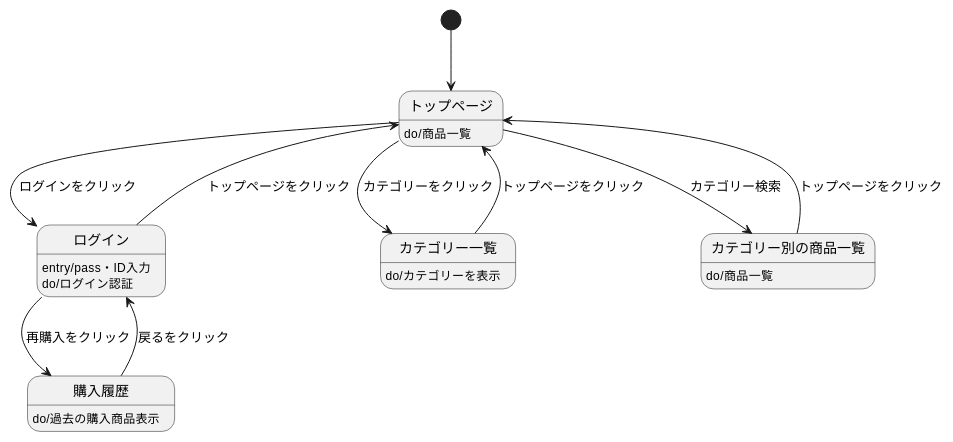
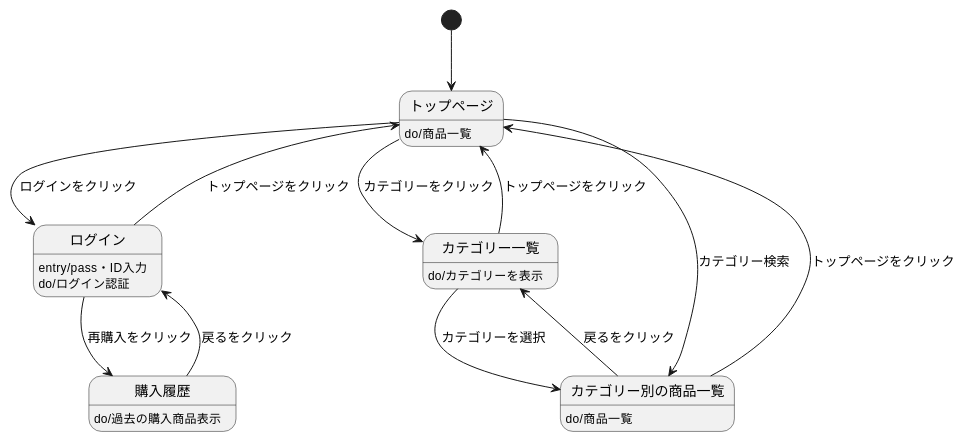
The diagram in orizinaru.md (Aso2001388/2021sys-design), drawn with PlantUML before and after one commit.

````diff
--- a/orizinaru.md
+++ b/orizinaru.md
@@ -1,19 +1,21 @@
 ```uml 
 @startuml
 [*]-->トップページ
 トップページ : do/商品一覧
 トップページ-->ログイン: ログインをクリック
 ログイン-->トップページ: トップページをクリック
 ログイン: entry/pass・ID入力
 ログイン: do/ログイン認証
 ログイン-->購入履歴: 再購入をクリック
 購入履歴-->ログイン: 戻るをクリック
 購入履歴: do/過去の購入商品表示
 トップページ-->カテゴリー一覧: カテゴリーをクリック
 カテゴリー一覧-->トップページ: トップページをクリック
 カテゴリー一覧: do/カテゴリーを表示
 トップページ-->カテゴリー別の商品一覧: カテゴリー検索
 カテゴリー別の商品一覧-->トップページ: トップページをクリック
 カテゴリー別の商品一覧: do/商品一覧
+カテゴリー一覧-->カテゴリー別の商品一覧: カテゴリーを選択
+カテゴリー別の商品一覧-->カテゴリー一覧: 戻るをクリック
 @enduml
 ``` 
````
